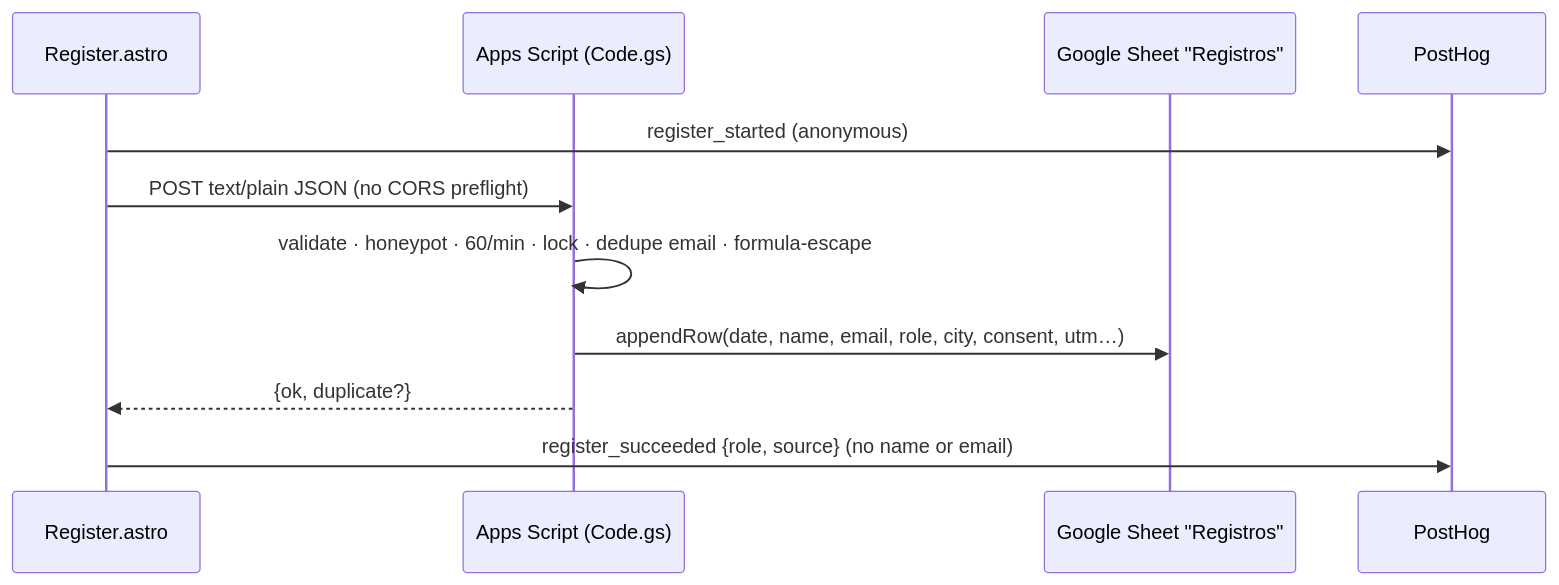
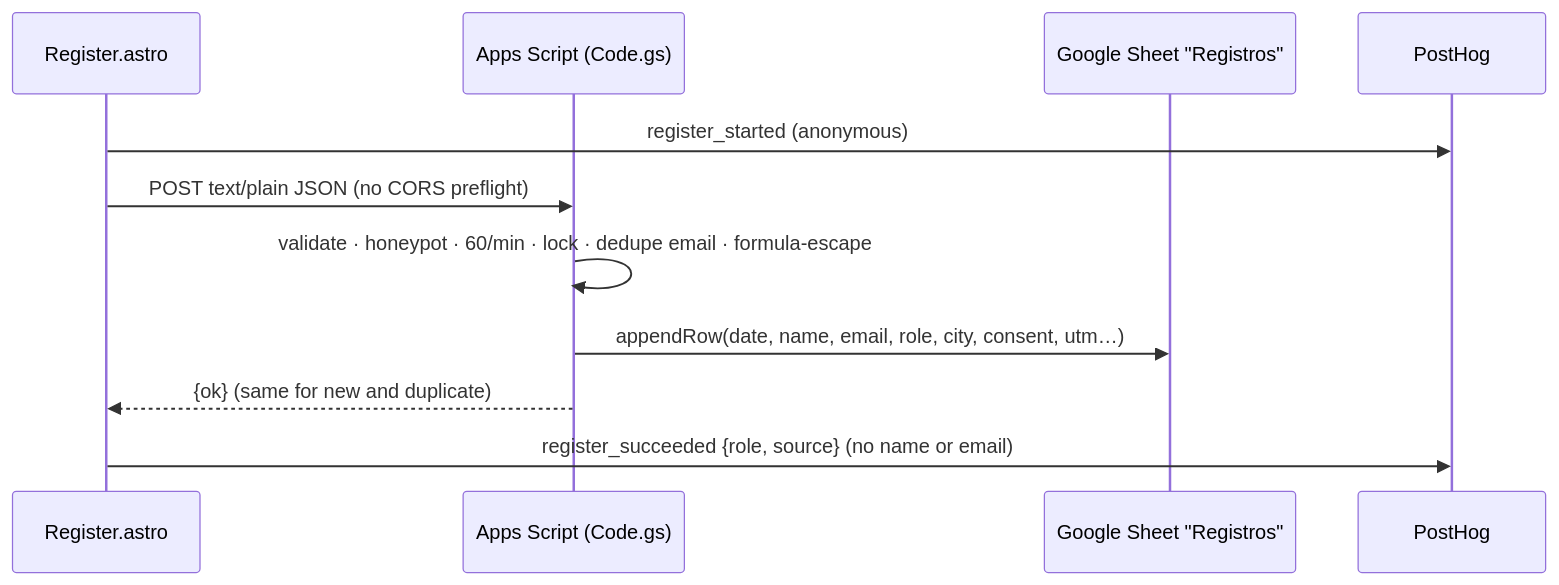
Before and after one commit to enzoftware/flutterconf_peru_2026: the diagram in integrations/google-sheets/README.md, drawn with Mermaid. The commit also changed other lines of this file and 8 other files, not shown here.

````diff
--- a/integrations/google-sheets/README.md
+++ b/integrations/google-sheets/README.md
@@ -9,13 +9,13 @@
 ```mermaid
 sequenceDiagram
     participant Form as Register.astro
     participant GAS as Apps Script (Code.gs)
     participant Sheet as Google Sheet "Registros"
     participant PH as PostHog
     Form->>PH: register_started (anonymous)
     Form->>GAS: POST text/plain JSON (no CORS preflight)
     GAS->>GAS: validate · honeypot · 60/min · lock · dedupe email · formula-escape
     GAS->>Sheet: appendRow(date, name, email, role, city, consent, utm…)
-    GAS-->>Form: {ok, duplicate?}
+    GAS-->>Form: {ok} (same for new and duplicate)
     Form->>PH: register_succeeded {role, source} (no name or email)
 ```
````
